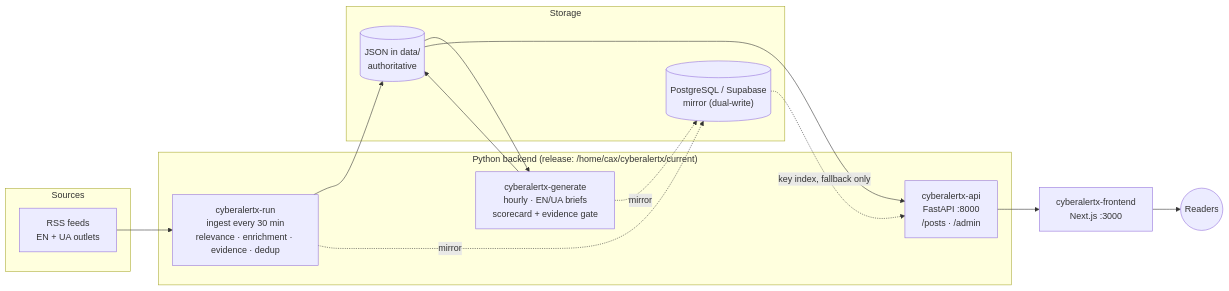
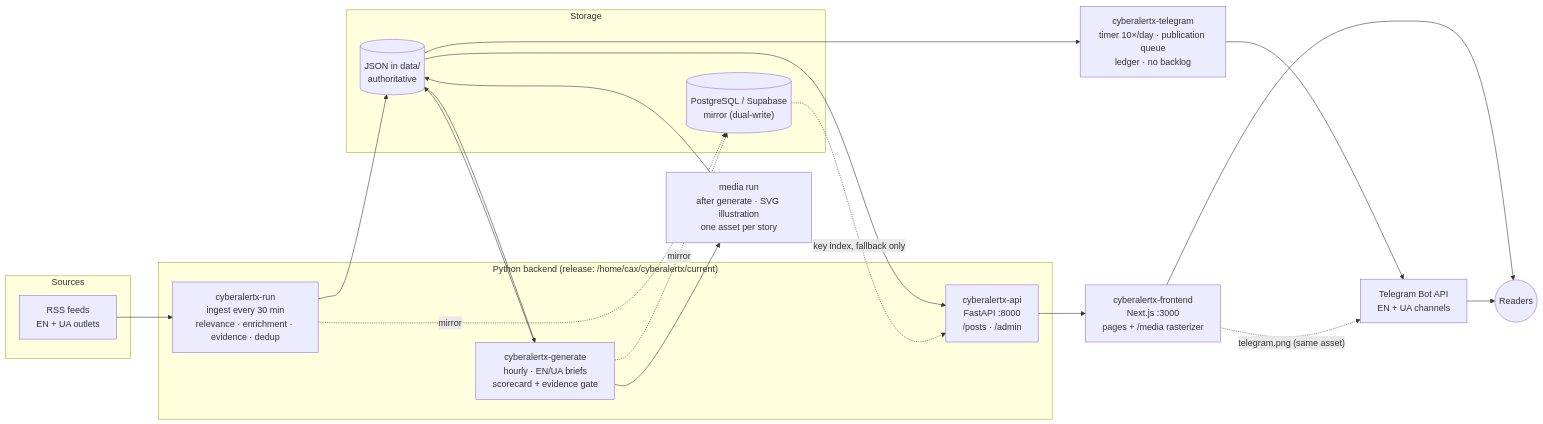
Before and after one commit to vyahello/cyberalertx: the first of 2 diagrams in README.md, drawn with Mermaid. The commit also changed other lines of this file and 13 other files, not shown here.

````diff
--- a/README.md
+++ b/README.md
@@ -51,24 +75,30 @@
 ```mermaid
 flowchart LR
   subgraph Sources
     RSS["RSS feeds<br/>EN + UA outlets"]
   end
   subgraph Backend["Python backend (release: /home/cax/cyberalertx/current)"]
     RUN["cyberalertx-run<br/>ingest every 30 min<br/>relevance · enrichment · evidence · dedup"]
     GEN["cyberalertx-generate<br/>hourly · EN/UA briefs<br/>scorecard + evidence gate"]
     API["cyberalertx-api<br/>FastAPI :8000<br/>/posts · /admin"]
   end
   subgraph Storage
     JSON[("JSON in data/<br/>authoritative")]
     PG[("PostgreSQL / Supabase<br/>mirror (dual-write)")]
   end
-  WEB["cyberalertx-frontend<br/>Next.js :3000"]
+  MEDIA["media run<br/>after generate · SVG illustration<br/>one asset per story"]
+  TG["cyberalertx-telegram<br/>timer 10×/day · publication queue<br/>ledger · no backlog"]
+  WEB["cyberalertx-frontend<br/>Next.js :3000<br/>pages + /media rasterizer"]
+  BOT["Telegram Bot API<br/>EN + UA channels"]
   READER(("Readers"))
   RSS --> RUN --> JSON
   RUN -. mirror .-> PG
   JSON --> GEN --> JSON
   GEN -. mirror .-> PG
   JSON --> API
   PG -. "key index, fallback only" .-> API
   API --> WEB --> READER
+  GEN --> MEDIA --> JSON
+  JSON --> TG --> BOT --> READER
+  WEB -. "telegram.png (same asset)" .-> BOT
 ```
````
